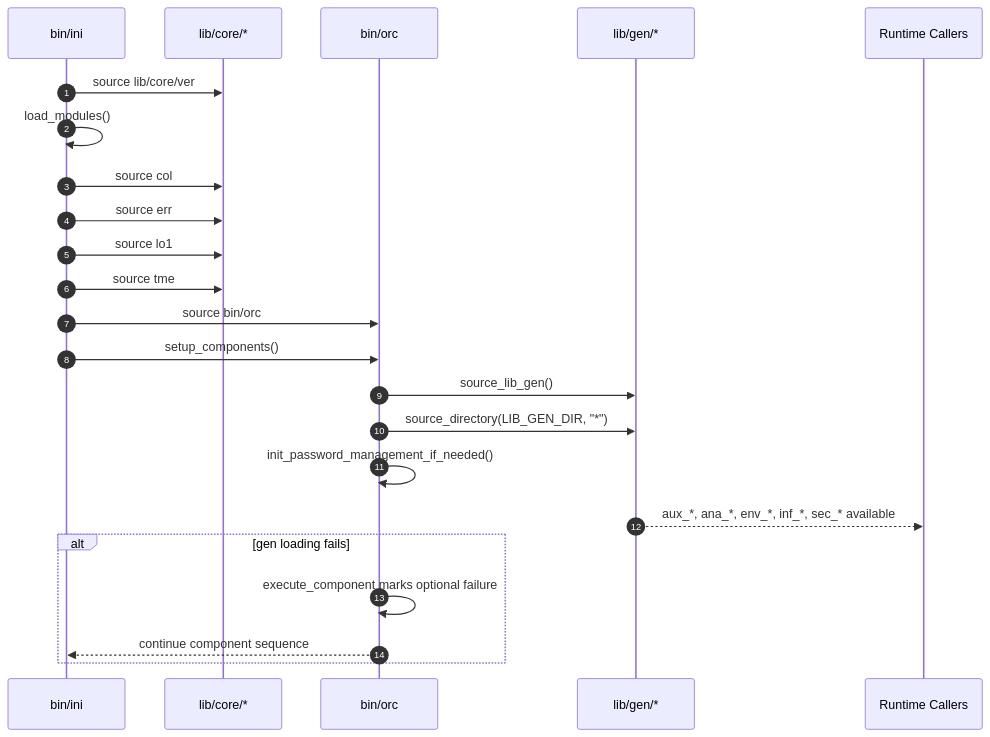
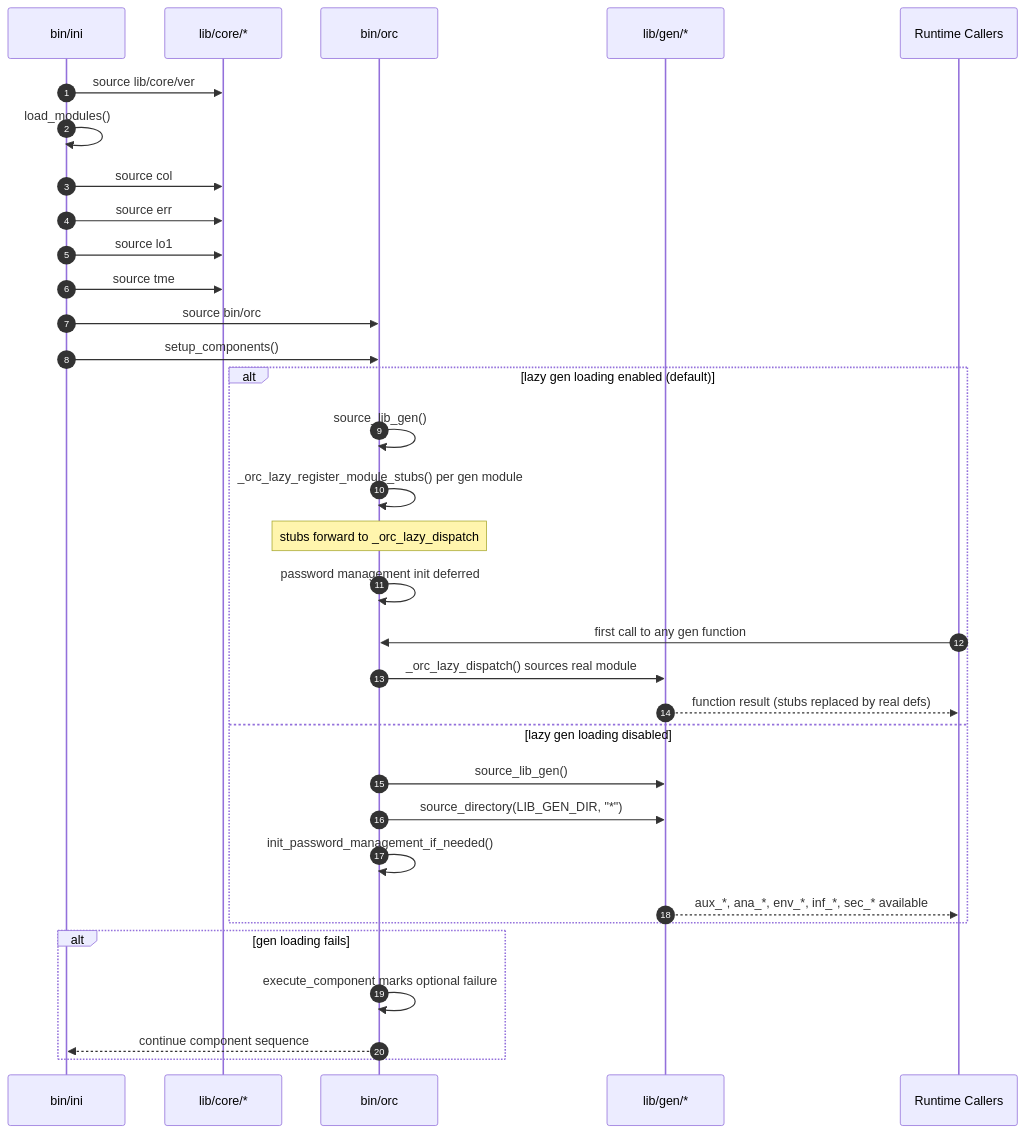
Before and after one commit to woeiru/lab: the first of 2 diagrams in doc/arc/02-core-and-gen.md, drawn with Mermaid. The commit also changed other lines of this file and 6 other files, not shown here.

Commit message:
docs: update architecture docs for bootstrapper performance renewal

````diff
--- a/doc/arc/02-core-and-gen.md
+++ b/doc/arc/02-core-and-gen.md
@@ -26,27 +26,38 @@
 ```mermaid
 sequenceDiagram
     autonumber
     participant I as bin/ini
     participant C as lib/core/*
     participant O as bin/orc
     participant G as lib/gen/*
     participant R as Runtime Callers
 
     I->>C: source lib/core/ver
     I->>I: load_modules()
     I->>C: source col
     I->>C: source err
     I->>C: source lo1
     I->>C: source tme
     I->>O: source bin/orc
     I->>O: setup_components()
-    O->>G: source_lib_gen()
-    O->>G: source_directory(LIB_GEN_DIR, "*")
-    O->>O: init_password_management_if_needed()
-    G-->>R: aux_*, ana_*, env_*, inf_*, sec_* available
+
+    alt lazy gen loading enabled (default)
+        O->>O: source_lib_gen()
+        O->>O: _orc_lazy_register_module_stubs() per gen module
+        Note over O: stubs forward to _orc_lazy_dispatch
+        O->>O: password management init deferred
+        R->>O: first call to any gen function
+        O->>G: _orc_lazy_dispatch() sources real module
+        G-->>R: function result (stubs replaced by real defs)
+    else lazy gen loading disabled
+        O->>G: source_lib_gen()
+        O->>G: source_directory(LIB_GEN_DIR, "*")
+        O->>O: init_password_management_if_needed()
+        G-->>R: aux_*, ana_*, env_*, inf_*, sec_* available
+    end
 
     alt gen loading fails
         O->>O: execute_component marks optional failure
         O-->>I: continue component sequence
     end
 ```
````
